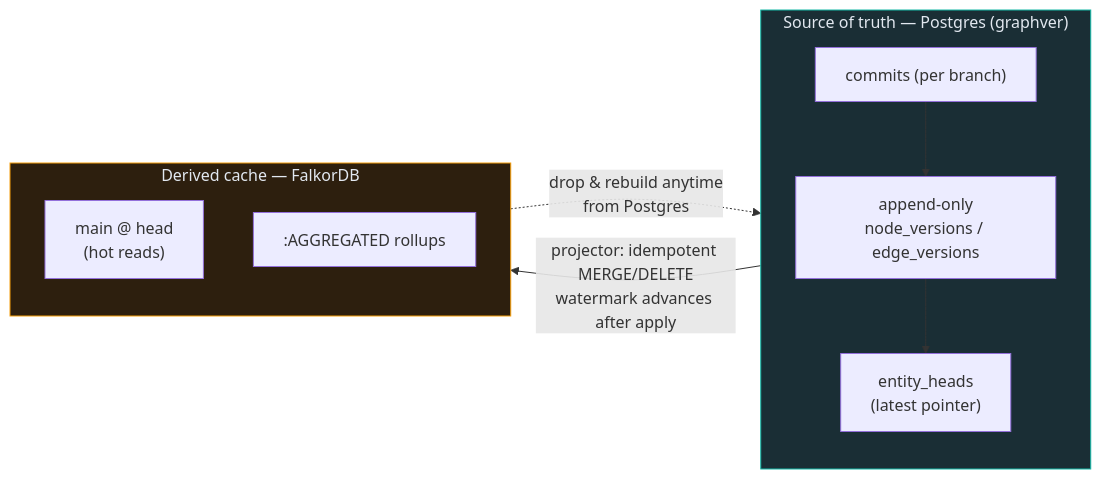
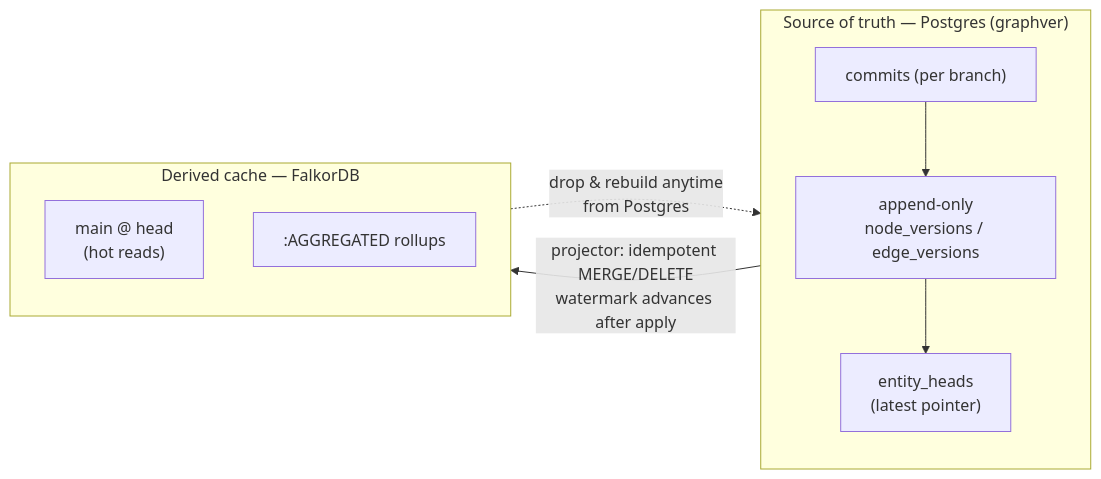
Before and after one commit to rkrumins/dataviz: the first of 5 diagrams in docs/versioning/01-overview-and-architecture.md, drawn with Mermaid. The commit also changed other lines of this file and 46 other files, not shown here.

````diff
--- a/docs/versioning/01-overview-and-architecture.md
+++ b/docs/versioning/01-overview-and-architecture.md
@@ -56,17 +56,15 @@
 ```mermaid
 graph LR
     subgraph SoT["Source of truth — Postgres (graphver)"]
         V["append-only<br/>node_versions / edge_versions"]
         C["commits (per branch)"]
         H["entity_heads<br/>(latest pointer)"]
     end
     subgraph Cache["Derived cache — FalkorDB"]
         M["main @ head<br/>(hot reads)"]
         AG[":AGGREGATED rollups"]
     end
     C --> V --> H
     SoT -->|projector: idempotent MERGE/DELETE<br/>watermark advances after apply| Cache
     Cache -.->|drop & rebuild anytime<br/>from Postgres| SoT
-    style SoT fill:#1a2e35,stroke:#14b8a6,color:#e2e8f0
-    style Cache fill:#2d1f0e,stroke:#f59e0b,color:#e2e8f0
 ```
````
